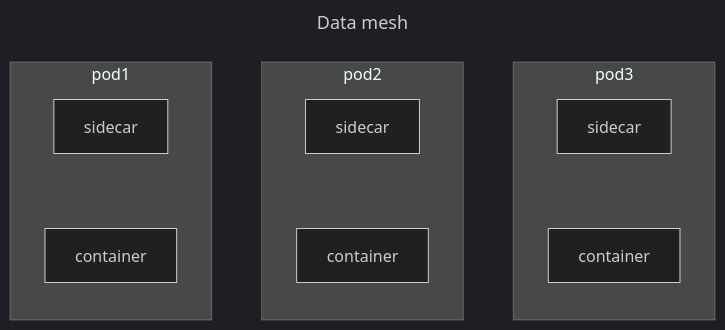
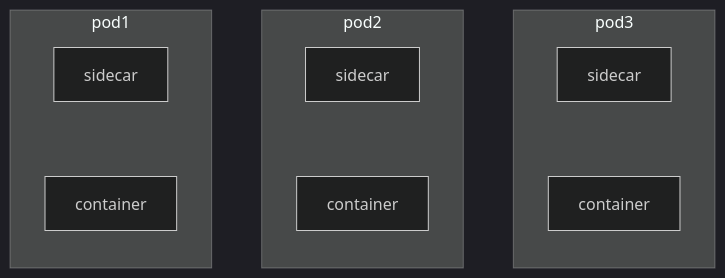
The first of 3 diagrams in content/1763471471.md (carnivuth/carnivuth), drawn with Mermaid (dark theme) before and after one commit.

Commit message:
removed graph title

````diff
--- a/content/1763471471.md
+++ b/content/1763471471.md
@@ -21,25 +21,22 @@
 ```mermaid
----
-title: Data mesh
----
 flowchart LR
 subgraph pod1
 direction TB
 A@{shape: proc,label: sidecar}
 B@{shape: proc,label: container}
 A ~~~ B
 end
 subgraph pod2
 direction TB
 C@{shape: proc,label: sidecar}
 D@{shape: proc,label: container}
 C ~~~ D
 end
 subgraph pod3
 direction TB
 E@{shape: proc,label: sidecar}
 F@{shape: proc,label: container}
 E ~~~ F
 end
 pod1 ~~~ pod2 ~~~ pod3
 ```
````
